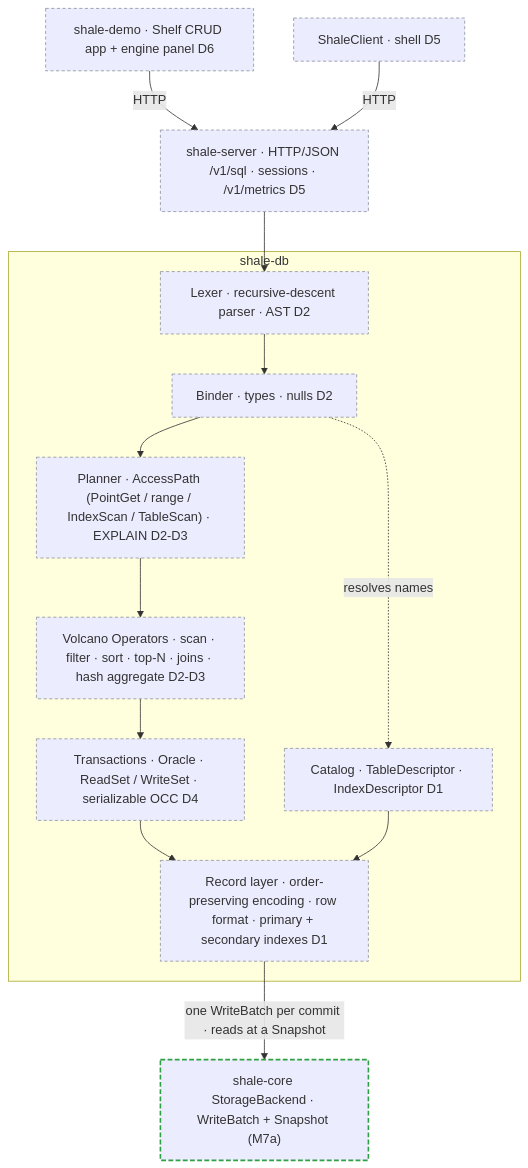
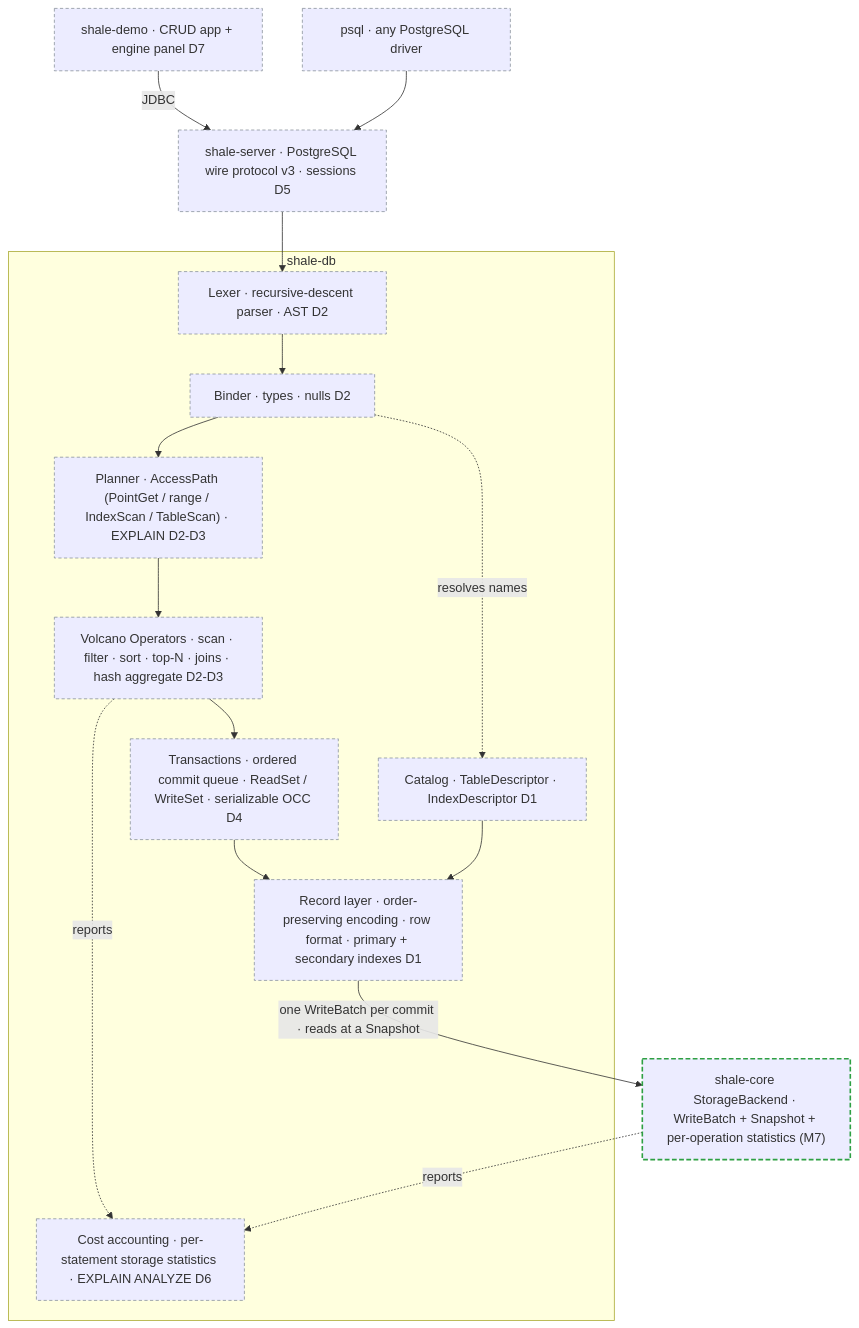
One commit to rahul-j0shi/shale changed the third of 4 diagrams in documentation/architecture/project-scope.md. Above: the diagram before and after it, drawn with Mermaid. The commit also changed other lines of this file and 12 other files, not shown here.

First line of the commit message:
docs(docs): update as-built pages, Javadoc and scope diagrams

````diff
--- a/documentation/architecture/project-scope.md
+++ b/documentation/architecture/project-scope.md
@@ -145,33 +133,36 @@
 ```mermaid
 flowchart TB
-  app["shale-demo · Shelf CRUD app + engine panel D6"]:::plan
-  client["ShaleClient · shell D5"]:::plan
-  http["shale-server · HTTP/JSON /v1/sql · sessions · /v1/metrics D5"]:::plan
+  app["shale-demo · CRUD app + engine panel D7"]:::plan
+  psql["psql · any PostgreSQL driver"]:::plan
+  wire["shale-server · PostgreSQL wire protocol v3 · sessions D5"]:::plan
 
   subgraph db["shale-db"]
     parse["Lexer · recursive-descent parser · AST D2"]:::plan
     bind["Binder · types · nulls D2"]:::plan
     plan["Planner · AccessPath (PointGet / range / IndexScan / TableScan) · EXPLAIN D2-D3"]:::plan
     exec["Volcano Operators · scan · filter · sort · top-N · joins · hash aggregate D2-D3"]:::plan
-    txn["Transactions · Oracle · ReadSet / WriteSet · serializable OCC D4"]:::plan
+    txn["Transactions · ordered commit queue · ReadSet / WriteSet · serializable OCC D4"]:::plan
     cat["Catalog · TableDescriptor · IndexDescriptor D1"]:::plan
     rec["Record layer · order-preserving encoding · row format · primary + secondary indexes D1"]:::plan
+    cost["Cost accounting · per-statement storage statistics · EXPLAIN ANALYZE D6"]:::plan
   end
 
-  spi["shale-core StorageBackend · WriteBatch + Snapshot (M7a)"]:::part
+  spi["shale-core StorageBackend · WriteBatch + Snapshot + per-operation statistics (M7)"]:::part
 
-  app -->|HTTP| http
-  client -->|HTTP| http
-  http --> parse
+  app -->|JDBC| wire
+  psql --> wire
+  wire --> parse
   parse --> bind
   bind --> plan
   plan --> exec
   exec --> txn
   bind -. resolves names .-> cat
   txn --> rec
   cat --> rec
   rec -->|"one WriteBatch per commit · reads at a Snapshot"| spi
+  exec -. reports .-> cost
+  spi -. reports .-> cost
 
   classDef part stroke:#2ea043,stroke-width:2px,stroke-dasharray:6 3;
   classDef plan stroke:#8b949e,stroke-width:1px,stroke-dasharray:4 3;
 ```
````
